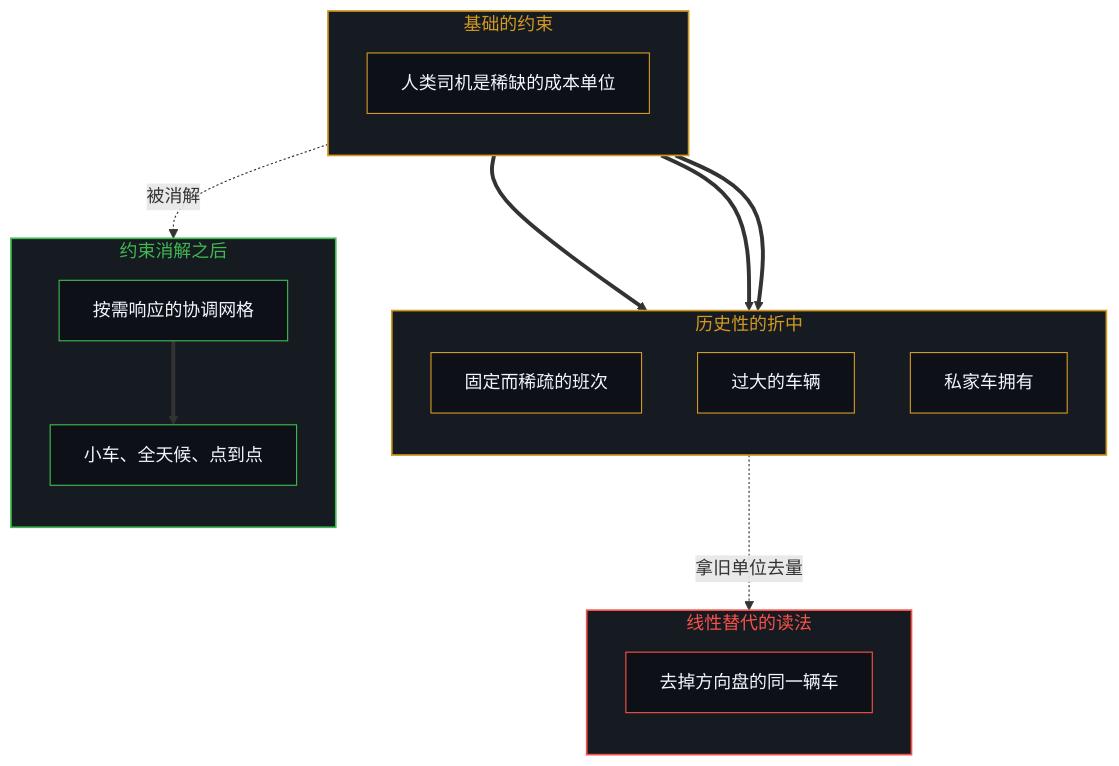
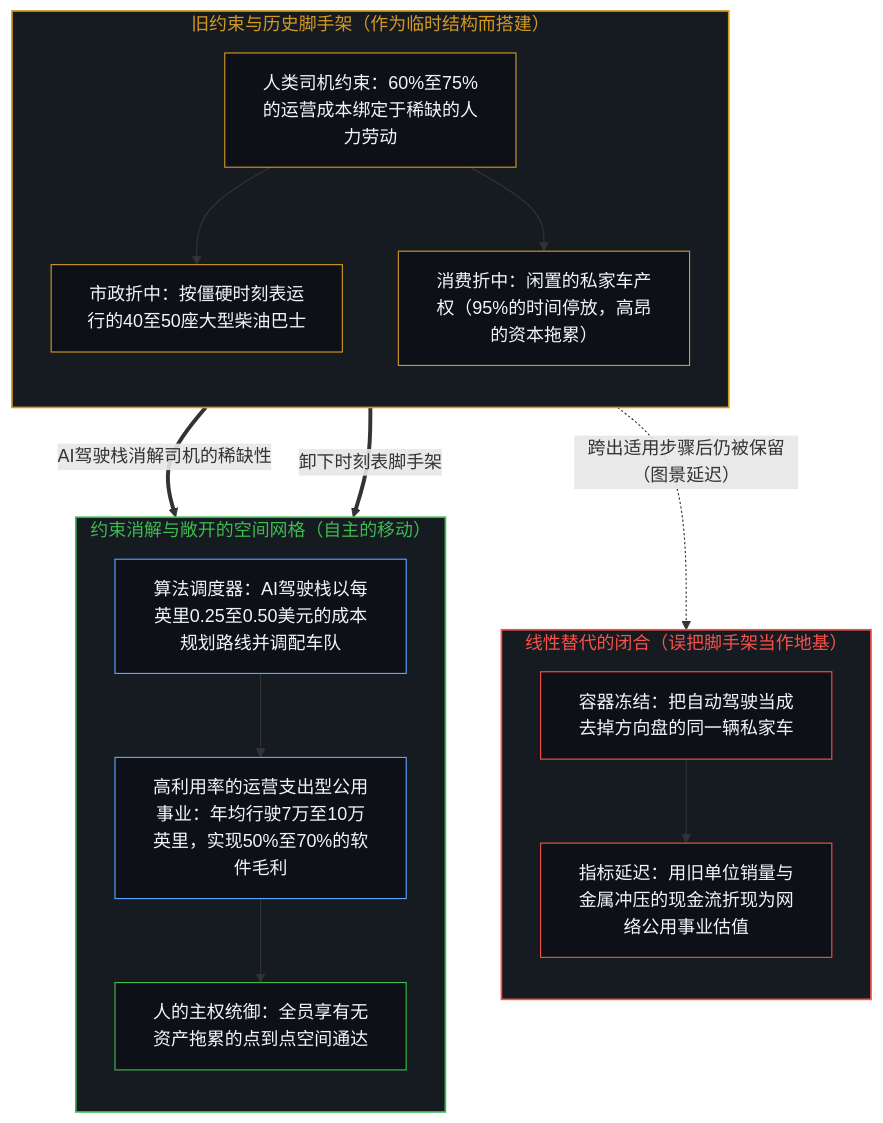
Before and after one commit to powerpig99/not-a-toe: the first of 2 diagrams in content/posts/non-definitive-forecast-of-a-possible-fully-autonomous-transportation-future.md, drawn with Mermaid. The commit also changed other lines of this file and 1 other file, not shown here.

````diff
--- a/content/posts/non-definitive-forecast-of-a-possible-fully-autonomous-transportation-future.md
+++ b/content/posts/non-definitive-forecast-of-a-possible-fully-autonomous-transportation-future.md
@@ -21,39 +21,42 @@
 ```mermaid
 flowchart TD
-    subgraph S_Con["基础的约束"]
+    subgraph S_Con["旧约束与历史脚手架（作为临时结构而搭建）"]
         direction TB
-        K1["人类司机是稀缺的成本单位"]
+        K1["人类司机约束：60%至75%的运营成本绑定于稀缺的人力劳动"]
+        P1["市政折中：按僵硬时刻表运行的40至50座大型柴油巴士"]
+        P2["消费折中：闲置的私家车产权（95%的时间停放，高昂的资本拖累）"]
+        K1 --> P1
+        K1 --> P2
     end
-    subgraph S_Comp["历史性的折中"]
+
+    subgraph S_Closed["线性替代的闭合（误把脚手架当作地基）"]
         direction TB
-        P1["固定而稀疏的班次"]
-        P2["过大的车辆"]
-        P3["私家车拥有"]
+        L1["容器冻结：把自动驾驶当成去掉方向盘的同一辆私家车"]
+        L2["指标延迟：用旧单位销量与金属冲压的现金流折现为网络公用事业估值"]
+        L1 --> L2
     end
-    subgraph S_Grid["约束消解之后"]
+
+    subgraph S_Open["约束消解与敞开的空间网格（自主的移动）"]
         direction TB
-        G1["按需响应的协调网格"]
-        G2["小车、全天候、点到点"]
+        G1["算法调度器：AI驾驶栈以每英里0.25至0.50美元的成本规划路线并调配车队"]
+        G2["高利用率的运营支出型公用事业：年均行驶7万至10万英里，实现50%至70%的软件毛利"]
+        G3["人的主权统御：全员享有无资产拖累的点到点空间通达"]
+        G1 --> G2 --> G3
     end
-    subgraph S_Lin["线性替代的读法"]
-        direction TB
-        L1["去掉方向盘的同一辆车"]
-    end
-    K1 ==> P1
-    K1 ==> P2
-    K1 ==> P3
-    K1 -.->|"被消解"| G1
-    G1 ==> G2
-    P3 -.->|"拿旧单位去量"| L1
+
+    P2 -.->|"跨出适用步骤后仍被保留（图景延迟）"| L1
+    K1 ==>|"AI驾驶栈消解司机的稀缺性"| G1
+    P1 ==>|"卸下时刻表脚手架"| G1
+
     style S_Con fill:#161b22,stroke:#d29922,stroke-width:1.5px,color:#d29922
-    style S_Comp fill:#161b22,stroke:#d29922,stroke-width:1.5px,color:#d29922
-    style S_Grid fill:#161b22,stroke:#3fb950,stroke-width:1.5px,color:#3fb950
-    style S_Lin fill:#161b22,stroke:#f85149,stroke-width:1.5px,color:#f85149
+    style S_Closed fill:#161b22,stroke:#f85149,stroke-width:1.5px,color:#f85149
+    style S_Open fill:#161b22,stroke:#3fb950,stroke-width:1.5px,color:#3fb950
     style K1 fill:#0d1117,stroke:#d29922,stroke-width:1px,color:#f0f6fc
     style P1 fill:#0d1117,stroke:#d29922,stroke-width:1px,color:#f0f6fc
     style P2 fill:#0d1117,stroke:#d29922,stroke-width:1px,color:#f0f6fc
-    style P3 fill:#0d1117,stroke:#d29922,stroke-width:1px,color:#f0f6fc
-    style G1 fill:#0d1117,stroke:#3fb950,stroke-width:1px,color:#f0f6fc
-    style G2 fill:#0d1117,stroke:#3fb950,stroke-width:1px,color:#f0f6fc
     style L1 fill:#0d1117,stroke:#f85149,stroke-width:1px,color:#f0f6fc
+    style L2 fill:#0d1117,stroke:#f85149,stroke-width:1px,color:#f0f6fc
+    style G1 fill:#0d1117,stroke:#58a6ff,stroke-width:1px,color:#f0f6fc
+    style G2 fill:#0d1117,stroke:#58a6ff,stroke-width:1px,color:#f0f6fc
+    style G3 fill:#0d1117,stroke:#3fb950,stroke-width:1px,color:#f0f6fc
 ```
````
